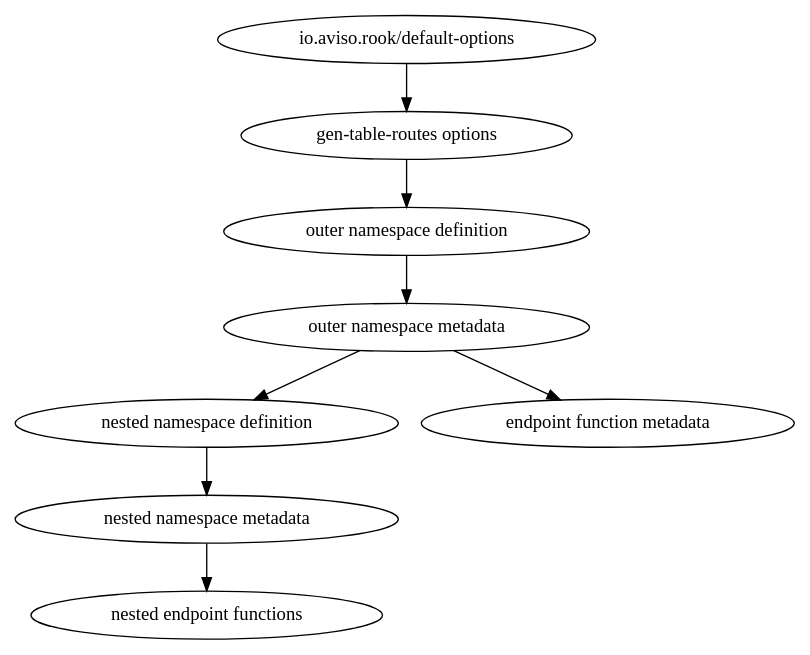
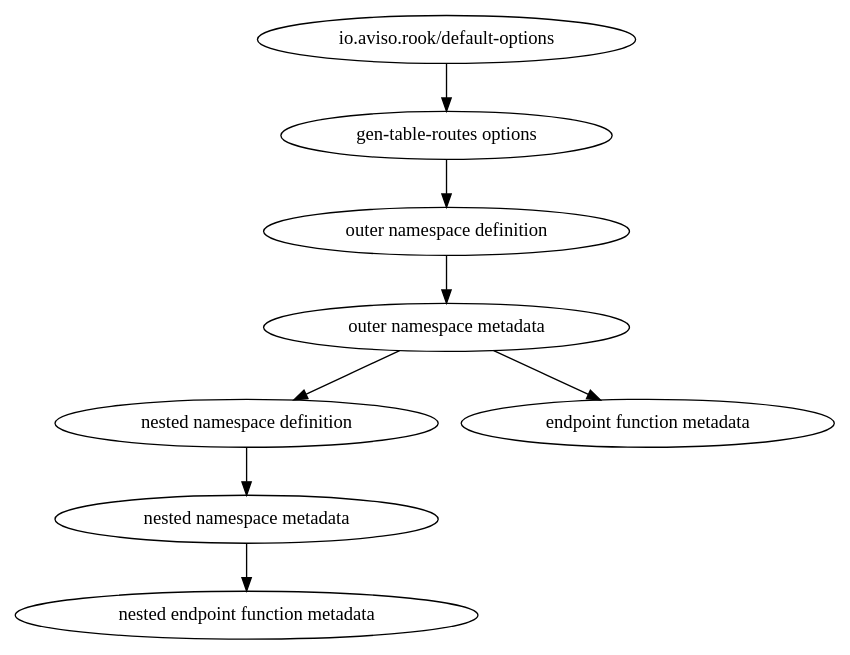
One commit to AvisoNovate/rook changed the diagram in docs/nested.rst. Above: the diagram before and after it, drawn with Graphviz. The commit also changed other lines of this file and 3 other files, not shown here.

```diff
--- a/docs/nested.rst
+++ b/docs/nested.rst
@@ -34,17 +34,17 @@
 .. graphviz::
 
     digraph {
         defaults [label="io.aviso.rook/default-options"];
         opts [label="gen-table-routes options"];
         nsdef [label="outer namespace definition"];
         nsmeta [label="outer namespace metadata"];
         nesteddef [label="nested namespace definition"];
         nestedmeta [label="nested namespace metadata"];
-        nestedfns [label="nested endpoint functions"];
+        nestedfns [label="nested endpoint function metadata"];
 
         fmeta [label="endpoint function metadata"];
 
         defaults -> opts -> nsdef -> nsmeta -> nesteddef -> nestedmeta -> nestedfns;
 
         nsmeta -> fmeta;
     }
```
